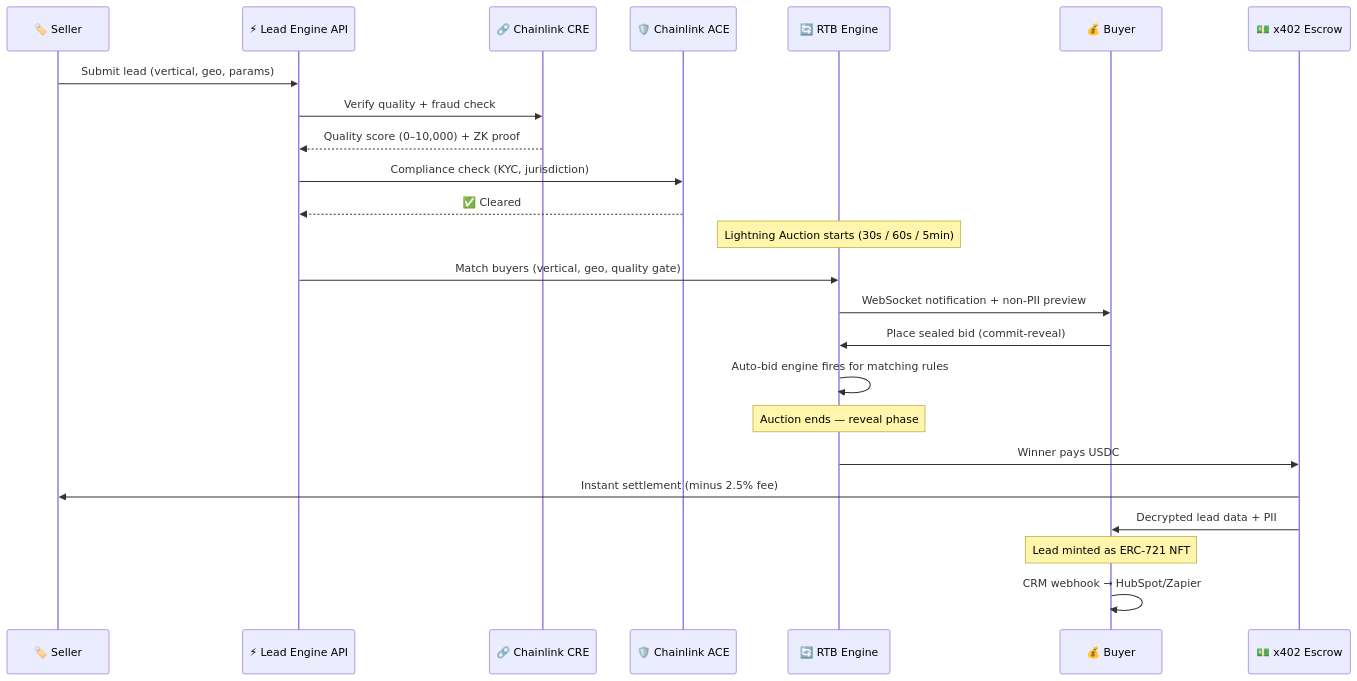
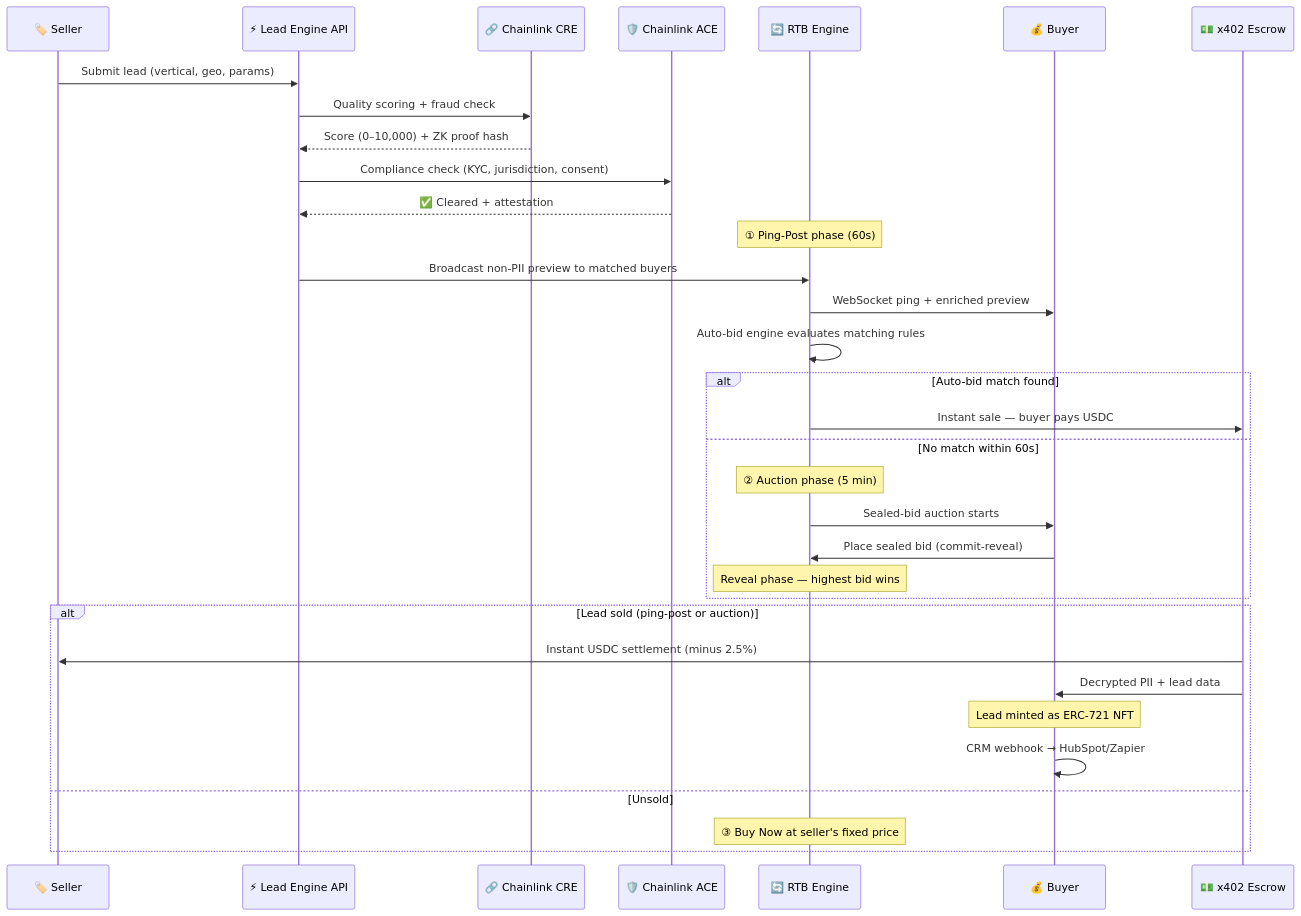
One commit to bnmbnmai/lead-engine-cre changed the first of 2 diagrams in README.md. Above: the diagram before and after it, drawn with Mermaid. The commit also changed other lines of this file and 19 other files, not shown here.

Commit message:
feat: Smart Lightning Flow (ping-post  short auction fallback) + Vertical NFT priority in ping phase

````diff
--- a/README.md
+++ b/README.md
@@ -38,31 +50,39 @@
 ```mermaid
 sequenceDiagram
     participant Seller as 🏷️ Seller
     participant API as ⚡ Lead Engine API
     participant CRE as 🔗 Chainlink CRE
     participant ACE as 🛡️ Chainlink ACE
     participant RTB as 🔄 RTB Engine
     participant Buyer as 💰 Buyer
     participant Escrow as 💵 x402 Escrow
 
     Seller->>API: Submit lead (vertical, geo, params)
-    API->>CRE: Verify quality + fraud check
-    CRE-->>API: Quality score (0–10,000) + ZK proof
-    API->>ACE: Compliance check (KYC, jurisdiction)
-    ACE-->>API: ✅ Cleared
+    API->>CRE: Quality scoring + fraud check
+    CRE-->>API: Score (0–10,000) + ZK proof hash
+    API->>ACE: Compliance check (KYC, jurisdiction, consent)
+    ACE-->>API: ✅ Cleared + attestation
 
-    Note over RTB: Lightning Auction starts (30s / 60s / 5min)
+    Note over RTB: ① Ping-Post phase (60s)
 
-    API->>RTB: Match buyers (vertical, geo, quality gate)
-    RTB->>Buyer: WebSocket notification + non-PII preview
-    Buyer->>RTB: Place sealed bid (commit-reveal)
-    RTB->>RTB: Auto-bid engine fires for matching rules
+    API->>RTB: Broadcast non-PII preview to matched buyers
+    RTB->>Buyer: WebSocket ping + enriched preview
+    RTB->>RTB: Auto-bid engine evaluates matching rules
+    alt Auto-bid match found
+        RTB->>Escrow: Instant sale — buyer pays USDC
+    else No match within 60s
+        Note over RTB: ② Auction phase (5 min)
+        RTB->>Buyer: Sealed-bid auction starts
+        Buyer->>RTB: Place sealed bid (commit-reveal)
+        Note over RTB: Reveal phase — highest bid wins
+    end
 
-    Note over RTB: Auction ends — reveal phase
-
-    RTB->>Escrow: Winner pays USDC
-    Escrow->>Seller: Instant settlement (minus 2.5% fee)
-    Escrow->>Buyer: Decrypted lead data + PII
-    Note over Buyer: Lead minted as ERC-721 NFT
-    Buyer->>Buyer: CRM webhook → HubSpot/Zapier
+    alt Lead sold (ping-post or auction)
+        Escrow->>Seller: Instant USDC settlement (minus 2.5%)
+        Escrow->>Buyer: Decrypted PII + lead data
+        Note over Buyer: Lead minted as ERC-721 NFT
+        Buyer->>Buyer: CRM webhook → HubSpot/Zapier
+    else Unsold
+        Note over RTB: ③ Buy Now at seller's fixed price
+    end
 ```
````
